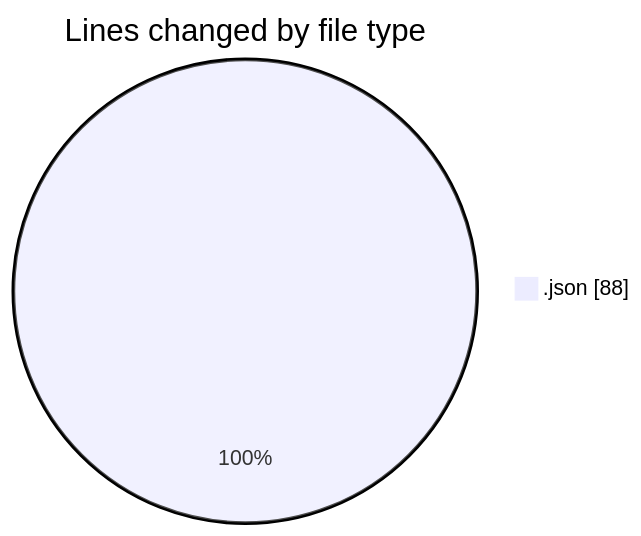
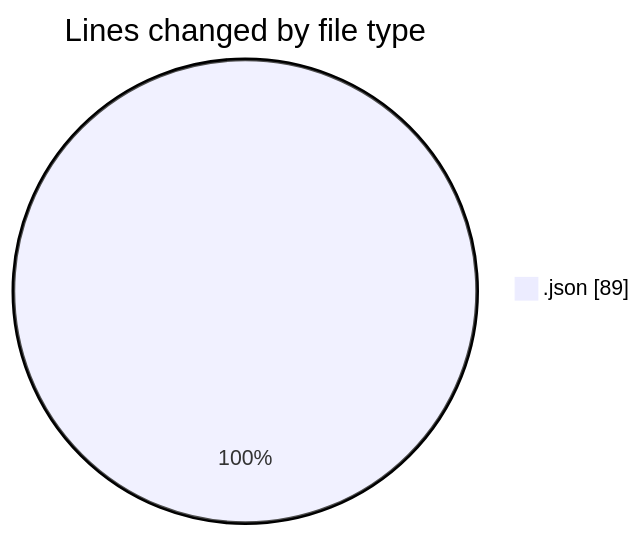
The first of 2 diagrams in 2025-01-08/maps_clone/README.md (donsfak/code-tracking), drawn with Mermaid before and after one commit. The commit also changed other lines of this file and 1 other file, not shown here.

````diff
--- a/2025-01-08/maps_clone/README.md
+++ b/2025-01-08/maps_clone/README.md
@@ -20,5 +20,5 @@
 ```mermaid
 pie showData
 title Lines changed by file type
-".json" : 88
+".json" : 89
 ```
````
